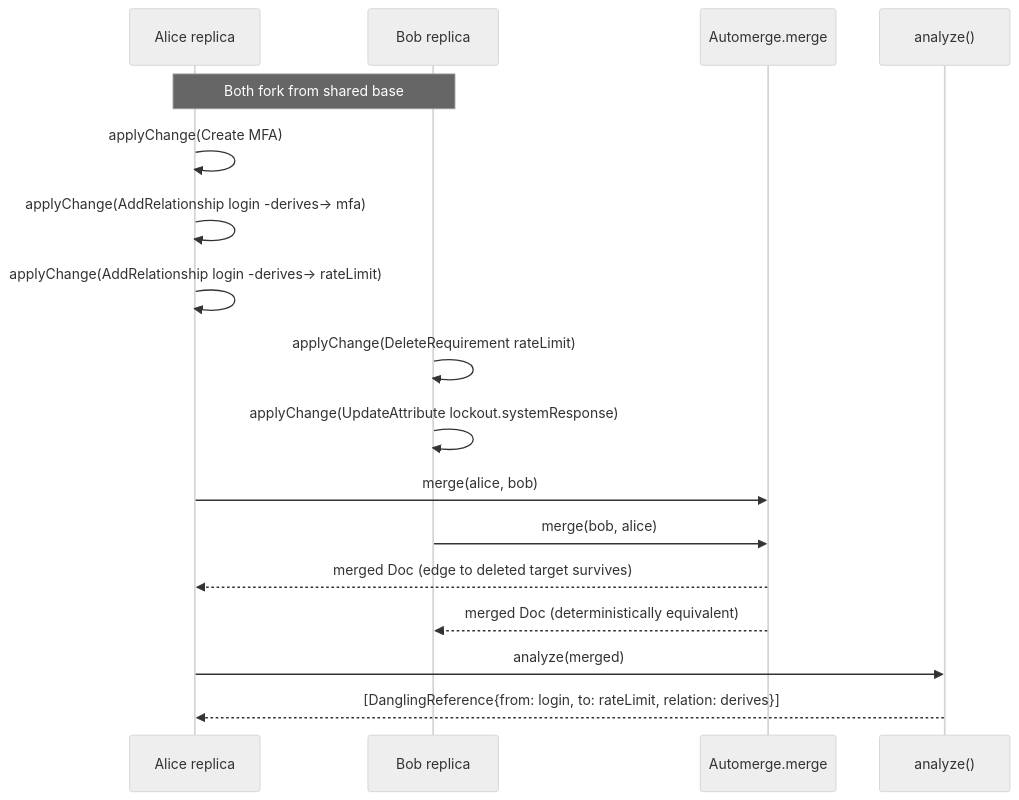
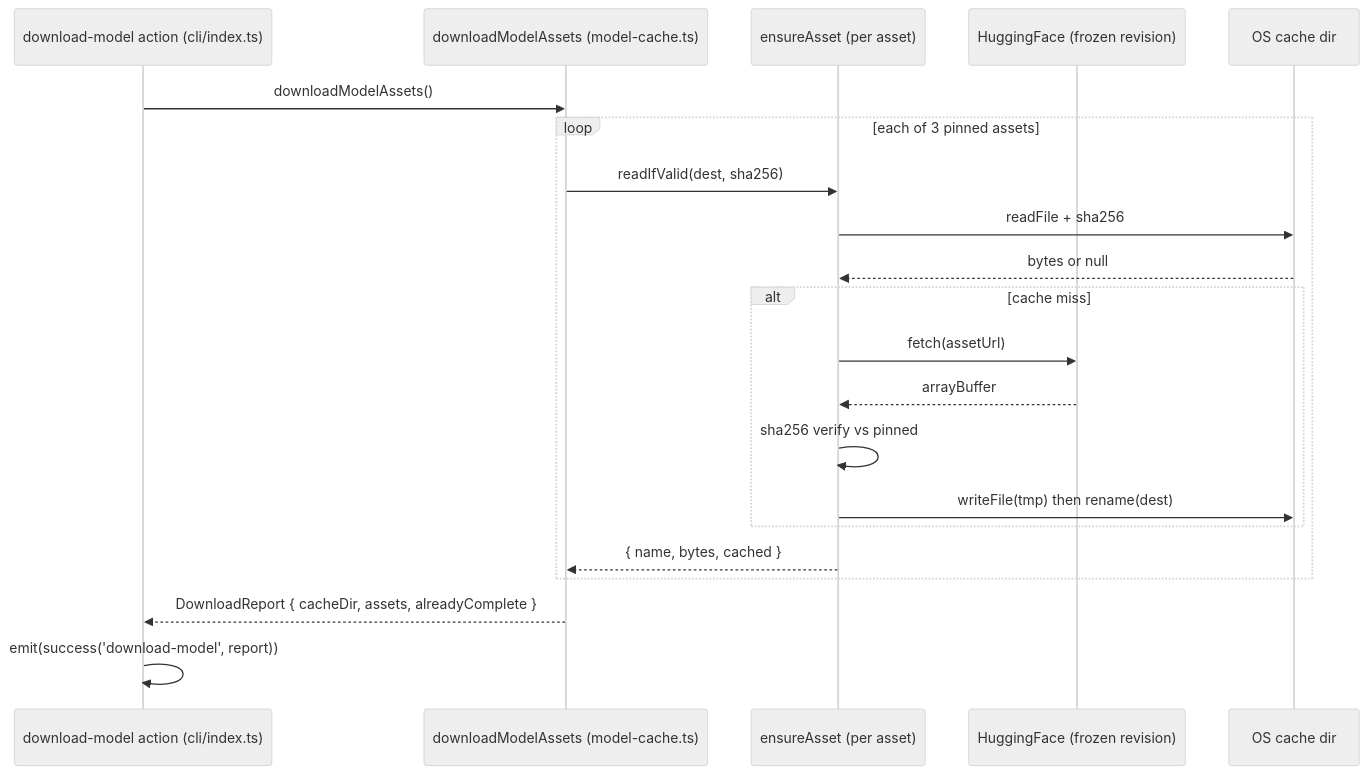
The second of 3 diagrams in docs/diagrams/behavioral/sequences.md (theagenticguy/symspec), drawn with Mermaid (neutral theme) before and after one commit. The commit also changed other lines of this file and 20 other files, not shown here.

````diff
--- a/docs/diagrams/behavioral/sequences.md
+++ b/docs/diagrams/behavioral/sequences.md
@@ -33,20 +43,23 @@
 ```mermaid
 sequenceDiagram
-    participant Alice as Alice replica
-    participant Bob as Bob replica
-    participant Auto as Automerge.merge
-    participant Analyze as analyze()
-
-    Note over Alice,Bob: Both fork from shared base
-    Alice->>Alice: applyChange(Create MFA)
-    Alice->>Alice: applyChange(AddRelationship login -derives-> mfa)
-    Alice->>Alice: applyChange(AddRelationship login -derives-> rateLimit)
-    Bob->>Bob: applyChange(DeleteRequirement rateLimit)
-    Bob->>Bob: applyChange(UpdateAttribute lockout.systemResponse)
-    Alice->>Auto: merge(alice, bob)
-    Bob->>Auto: merge(bob, alice)
-    Auto-->>Alice: merged Doc (edge to deleted target survives)
-    Auto-->>Bob: merged Doc (deterministically equivalent)
-    Alice->>Analyze: analyze(merged)
-    Analyze-->>Alice: [DanglingReference{from: login, to: rateLimit, relation: derives}]
+    participant CLI as download-model action (cli/index.ts)
+    participant Cache as downloadModelAssets (model-cache.ts)
+    participant Asset as ensureAsset (per asset)
+    participant HF as HuggingFace (frozen revision)
+    participant FS as OS cache dir
+    CLI->>Cache: downloadModelAssets()
+    loop each of 3 pinned assets
+        Cache->>Asset: readIfValid(dest, sha256)
+        Asset->>FS: readFile + sha256
+        FS-->>Asset: bytes or null
+        alt cache miss
+            Asset->>HF: fetch(assetUrl)
+            HF-->>Asset: arrayBuffer
+            Asset->>Asset: sha256 verify vs pinned
+            Asset->>FS: writeFile(tmp) then rename(dest)
+        end
+        Asset-->>Cache: { name, bytes, cached }
+    end
+    Cache-->>CLI: DownloadReport { cacheDir, assets, alreadyComplete }
+    CLI->>CLI: emit(success('download-model', report))
 ```
````
